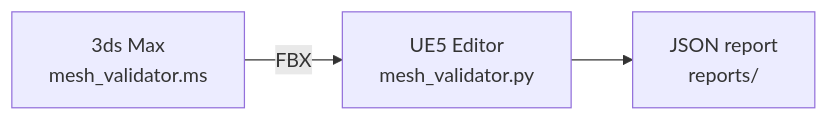
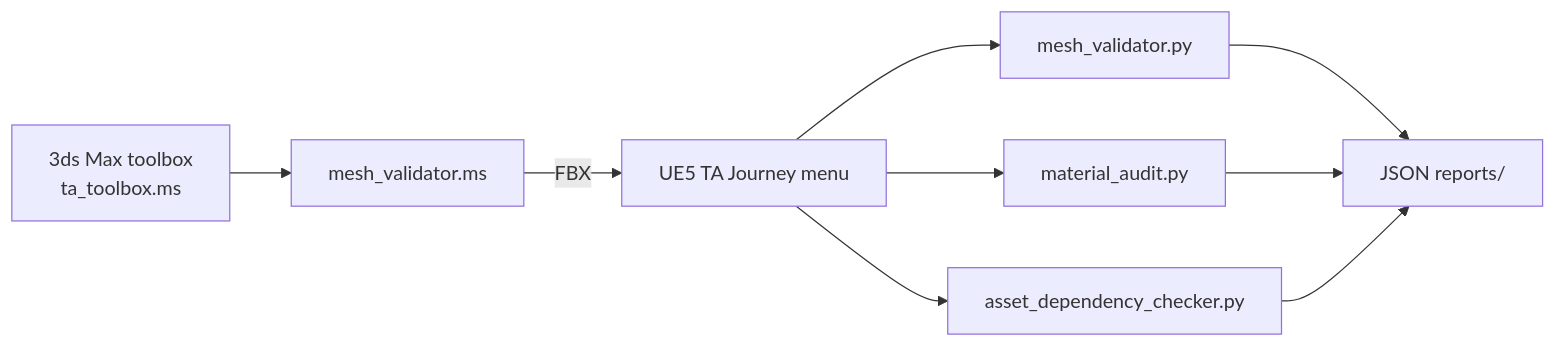
One commit to LAZARUS-inq/ta-journey changed the first of 2 diagrams in README.md. Above: the diagram before and after it, drawn with Mermaid. The commit also changed other lines of this file and 9 other files, not shown here.

First line of the commit message:
Add Asset Dependency Checker and studio tool UIs (#2)

````diff
--- a/README.md
+++ b/README.md
@@ -57,5 +59,11 @@
 ```mermaid
 flowchart LR
-  A["3ds Max<br/>mesh_validator.ms"] -->|FBX| B["UE5 Editor<br/>mesh_validator.py"]
-  B --> C["JSON report<br/>reports/"]
+  A["3ds Max toolbox<br/>ta_toolbox.ms"] --> B["mesh_validator.ms"]
+  B -->|FBX| C["UE5 TA Journey menu"]
+  C --> D["mesh_validator.py"]
+  C --> E["material_audit.py"]
+  C --> F["asset_dependency_checker.py"]
+  D --> G["JSON reports/"]
+  E --> G
+  F --> G
 ```
````
